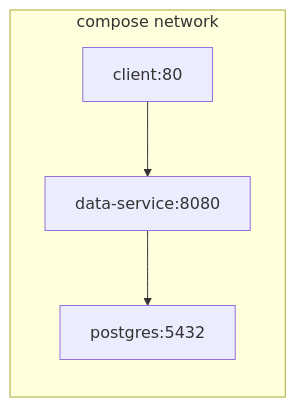
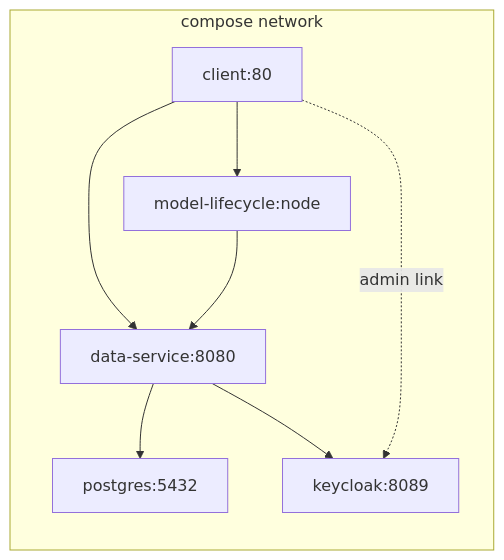
The fourth of 4 diagrams in specs/changes/basic_setup/architecture.md (tillg/wiki12), drawn with Mermaid before and after one commit. The commit also changed other lines of this file and 10 other files, not shown here.

````diff
--- a/specs/changes/basic_setup/architecture.md
+++ b/specs/changes/basic_setup/architecture.md
@@ -184,9 +219,14 @@
 ```mermaid
 flowchart LR
     subgraph net["compose network"]
         c["client:80"]
         s["data-service:8080"]
+        n["model-lifecycle:node"]
+        k["keycloak:8089"]
         d["postgres:5432"]
     end
     c --> s --> d
+    c --> n --> s
+    s --> k
+    c -.->|admin link| k
 ```
````
